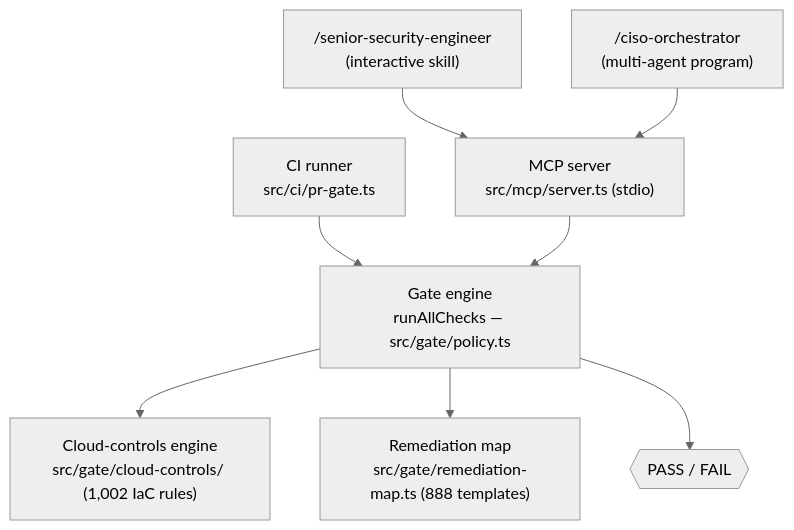
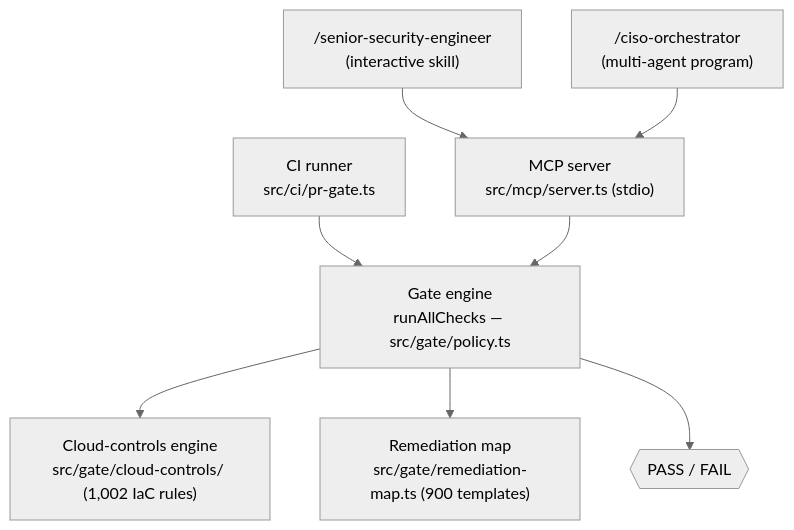
One commit to AbrahamOO/security-mcp changed the first of 3 diagrams in docs/ARCHITECTURE.md. Above: the diagram before and after it, drawn with Mermaid (neutral theme). The commit also changed other lines of this file and 102 other files, not shown here.

````diff
--- a/docs/ARCHITECTURE.md
+++ b/docs/ARCHITECTURE.md
@@ -32,10 +32,10 @@
 ```mermaid
 flowchart TD
     SSE["/senior-security-engineer<br/>(interactive skill)"] --> MCP["MCP server<br/>src/mcp/server.ts (stdio)"]
     CISO["/ciso-orchestrator<br/>(multi-agent program)"] --> MCP
     CI["CI runner<br/>src/ci/pr-gate.ts"] --> GATE
     MCP --> GATE["Gate engine<br/>runAllChecks — src/gate/policy.ts"]
     GATE --> CC["Cloud-controls engine<br/>src/gate/cloud-controls/ (1,002 IaC rules)"]
-    GATE --> RM["Remediation map<br/>src/gate/remediation-map.ts (888 templates)"]
+    GATE --> RM["Remediation map<br/>src/gate/remediation-map.ts (900 templates)"]
     GATE --> VERDICT{{"PASS / FAIL"}}
 ```
````
